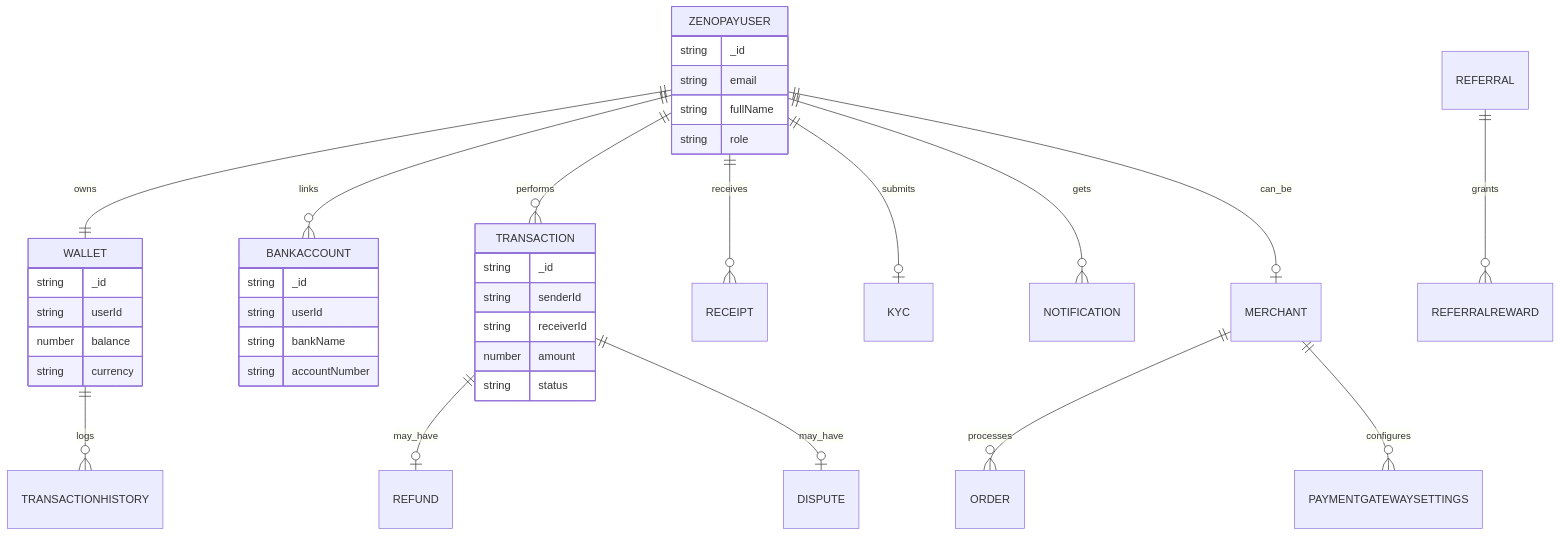
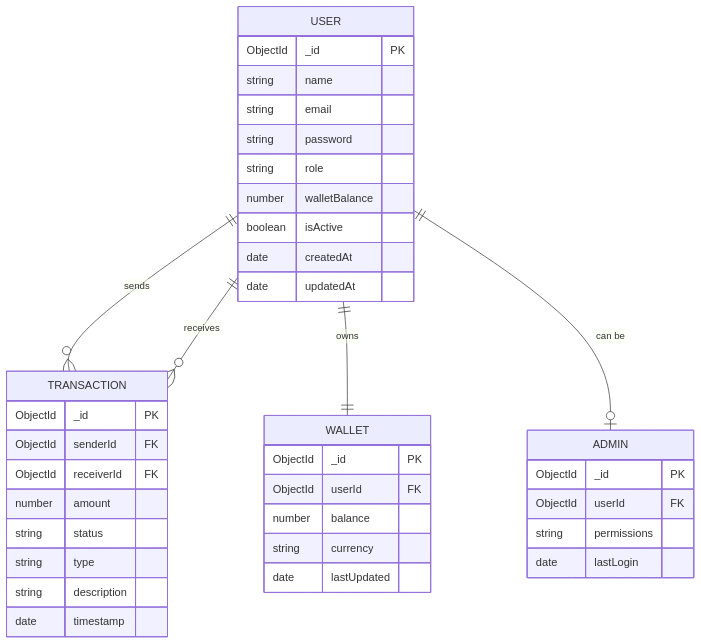
One commit to lucifers-0666/ZenoPay-V1 changed the fourth of 4 diagrams in README.md. Above: the diagram before and after it, drawn with Mermaid. The commit also changed other lines of this file, not shown here.

````diff
--- a/README.md
+++ b/README.md
@@ -173,45 +223,45 @@
 ```mermaid
 erDiagram
-    ZENOPAYUSER ||--|| WALLET : owns
-    ZENOPAYUSER ||--o{ BANKACCOUNT : links
-    ZENOPAYUSER ||--o{ TRANSACTION : performs
-    ZENOPAYUSER ||--o{ RECEIPT : receives
-    ZENOPAYUSER ||--o| KYC : submits
-    ZENOPAYUSER ||--o{ NOTIFICATION : gets
-    ZENOPAYUSER ||--o| MERCHANT : can_be
+    USER {
+        ObjectId _id PK
+        string name
+        string email
+        string password
+        string role
+        number walletBalance
+        boolean isActive
+        date createdAt
+        date updatedAt
+    }
 
-    MERCHANT ||--o{ ORDER : processes
-    MERCHANT ||--o{ PAYMENTGATEWAYSETTINGS : configures
+    TRANSACTION {
+        ObjectId _id PK
+        ObjectId senderId FK
+        ObjectId receiverId FK
+        number amount
+        string status
+        string type
+        string description
+        date timestamp
+    }
 
-    WALLET ||--o{ TRANSACTIONHISTORY : logs
-    TRANSACTION ||--o| REFUND : may_have
-    TRANSACTION ||--o| DISPUTE : may_have
-
-    REFERRAL ||--o{ REFERRALREWARD : grants
-
-    ZENOPAYUSER {
-        string _id
-        string email
-        string fullName
-        string role
-    }
     WALLET {
-        string _id
-        string userId
+        ObjectId _id PK
+        ObjectId userId FK
         number balance
         string currency
+        date lastUpdated
     }
-    TRANSACTION {
-        string _id
-        string senderId
-        string receiverId
-        number amount
-        string status
+
+    ADMIN {
+        ObjectId _id PK
+        ObjectId userId FK
+        string permissions
+        date lastLogin
     }
-    BANKACCOUNT {
-        string _id
-        string userId
-        string bankName
-        string accountNumber
-    }
+
+    USER ||--o{ TRANSACTION : "sends"
+    USER ||--o{ TRANSACTION : "receives"
+    USER ||--|| WALLET : "owns"
+    USER ||--o| ADMIN : "can be"
 ```
````
